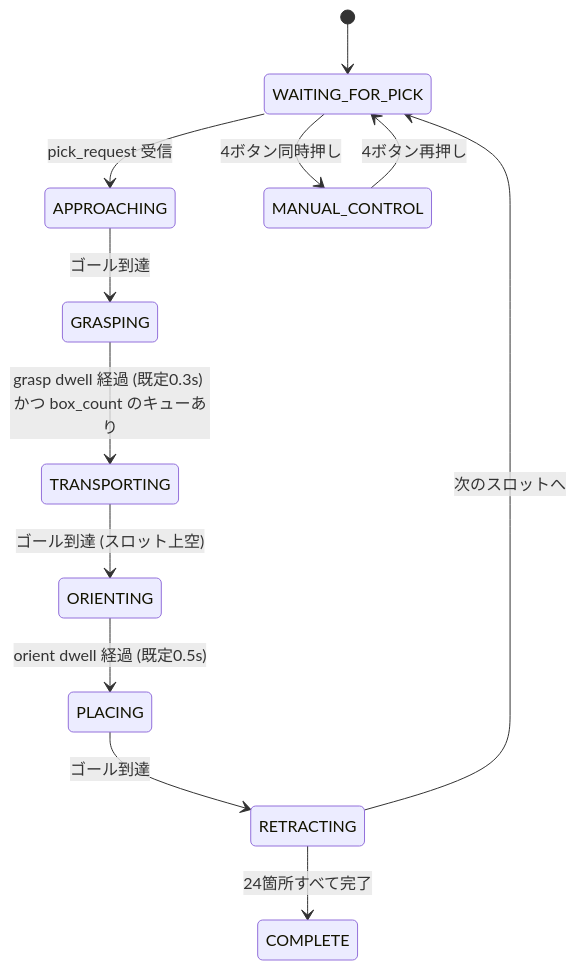
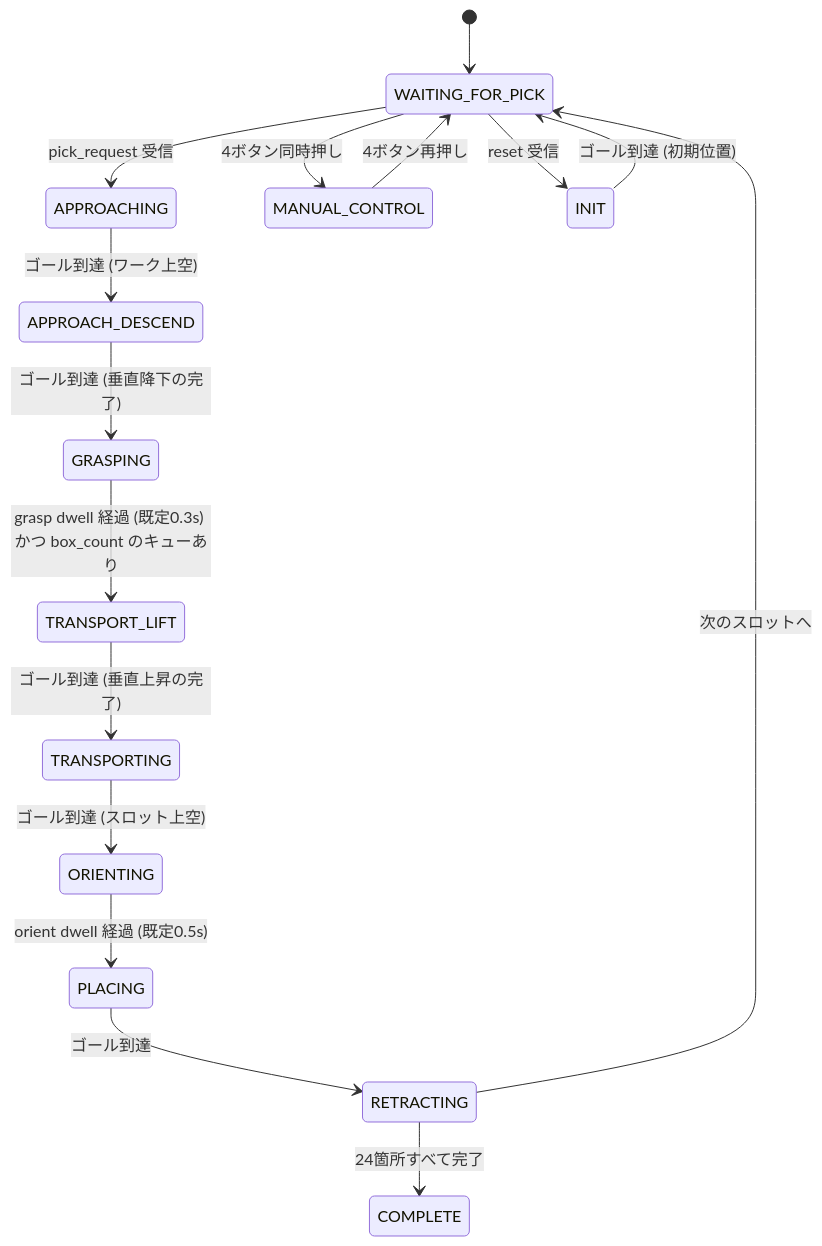
The diagram in sharmech_core/docs/game_state_manager_node.md (SameSameIndustry/sharmech), drawn with Mermaid before and after one commit. The commit also changed other lines of this file and 8 other files, not shown here.

````diff
--- a/sharmech_core/docs/game_state_manager_node.md
+++ b/sharmech_core/docs/game_state_manager_node.md
@@ -111,14 +116,18 @@
 ```mermaid
 stateDiagram-v2
   [*] --> WAITING_FOR_PICK
   WAITING_FOR_PICK --> APPROACHING: pick_request 受信
-  APPROACHING --> GRASPING: ゴール到達
-  GRASPING --> TRANSPORTING: grasp dwell 経過 (既定0.3s) かつ box_count のキューあり
+  APPROACHING --> APPROACH_DESCEND: ゴール到達 (ワーク上空)
+  APPROACH_DESCEND --> GRASPING: ゴール到達 (垂直降下の完了)
+  GRASPING --> TRANSPORT_LIFT: grasp dwell 経過 (既定0.3s) かつ box_count のキューあり
+  TRANSPORT_LIFT --> TRANSPORTING: ゴール到達 (垂直上昇の完了)
   TRANSPORTING --> ORIENTING: ゴール到達 (スロット上空)
   ORIENTING --> PLACING: orient dwell 経過 (既定0.5s)
   PLACING --> RETRACTING: ゴール到達
   RETRACTING --> WAITING_FOR_PICK: 次のスロットへ
   RETRACTING --> COMPLETE: 24箇所すべて完了
   WAITING_FOR_PICK --> MANUAL_CONTROL: 4ボタン同時押し
   MANUAL_CONTROL --> WAITING_FOR_PICK: 4ボタン再押し
+  WAITING_FOR_PICK --> INIT: reset 受信
+  INIT --> WAITING_FOR_PICK: ゴール到達 (初期位置)
 ```
````
